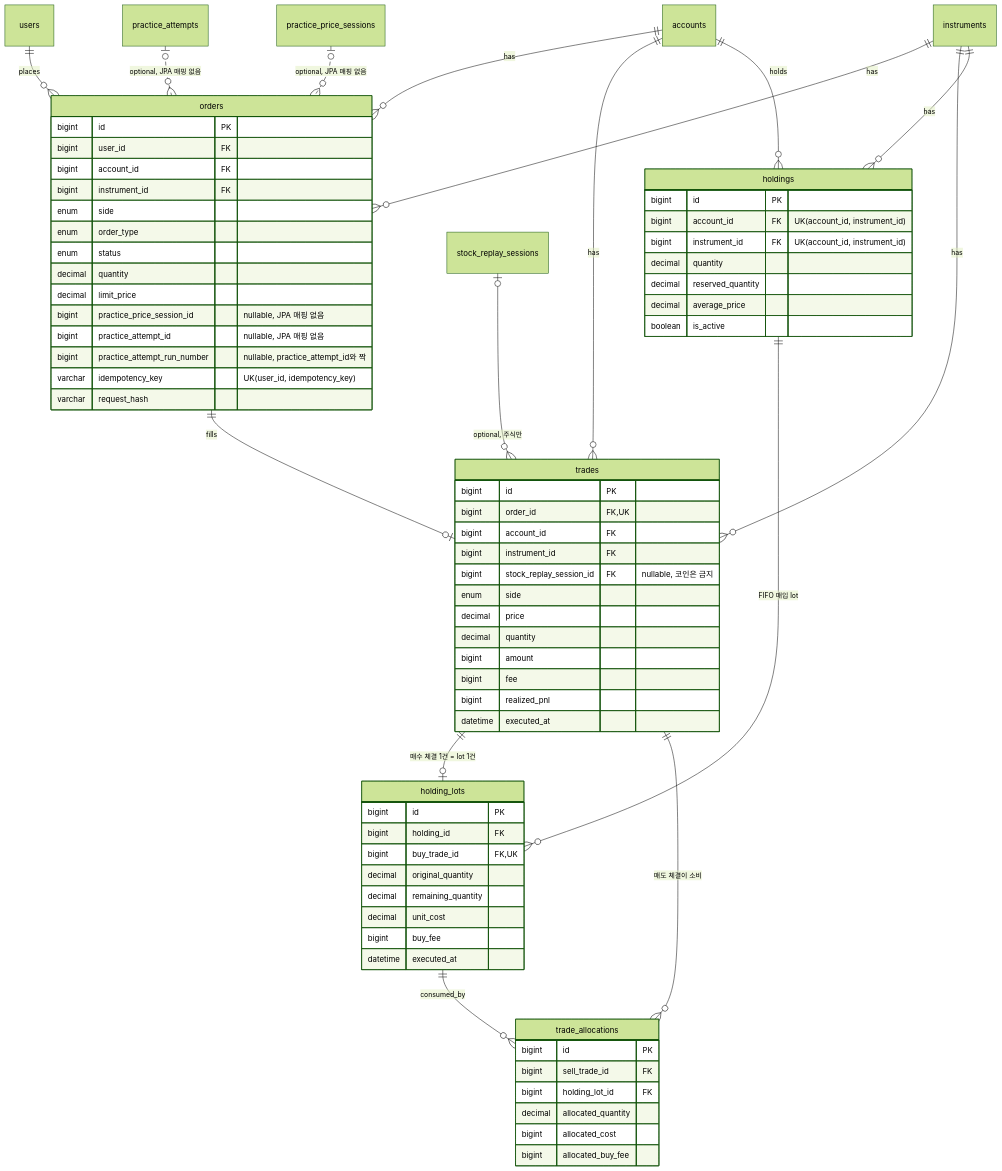
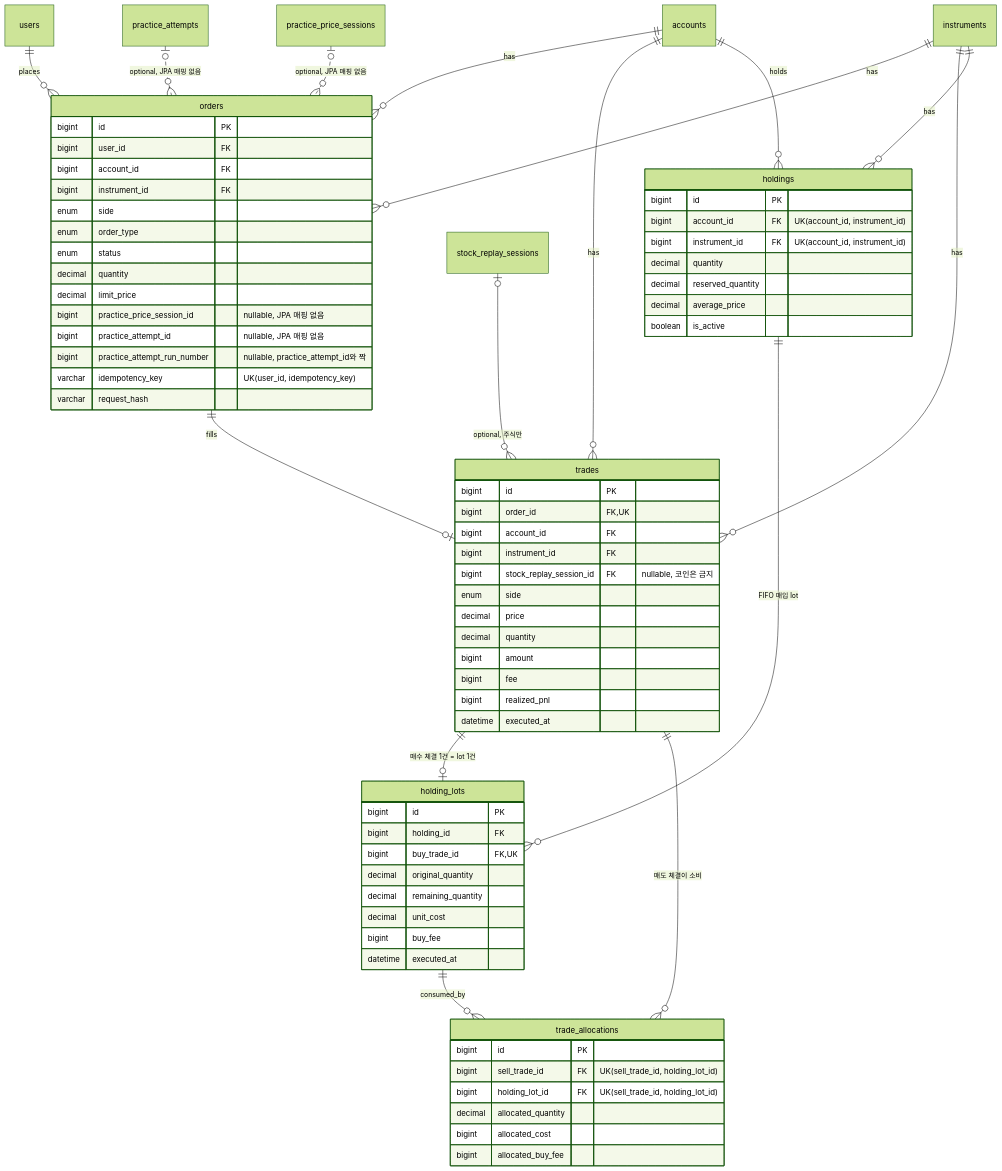
The fourth of 8 diagrams in docs/erd.md (finplay-team/finplay), drawn with Mermaid (forest theme) before and after one commit.

Commit message:
docs: trade_allocations ERD에 유니크 제약 표시를 추가한다
sell_trade_id·holding_lot_id 복합 유니크(V57)가 erd.md 서문의 "마이그레이션과 대조 검증" 설명과 어긋나 있던 것을 리뷰에서 지적받아 보완한다.

````diff
--- a/docs/erd.md
+++ b/docs/erd.md
@@ -317,76 +317,76 @@
 ```mermaid
 erDiagram
     users ||--o{ orders : places
     accounts ||--o{ orders : has
     instruments ||--o{ orders : has
     practice_attempts |o..o{ orders : "optional, JPA 매핑 없음"
     practice_price_sessions |o..o{ orders : "optional, JPA 매핑 없음"
     orders ||--o| trades : fills
     accounts ||--o{ trades : has
     instruments ||--o{ trades : has
     stock_replay_sessions |o--o{ trades : "optional, 주식만"
     accounts ||--o{ holdings : holds
     instruments ||--o{ holdings : has
     holdings ||--o{ holding_lots : "FIFO 매입 lot"
     trades ||--o| holding_lots : "매수 체결 1건 = lot 1건"
     trades ||--o{ trade_allocations : "매도 체결이 소비"
     holding_lots ||--o{ trade_allocations : consumed_by
 
     orders {
         bigint id PK
         bigint user_id FK
         bigint account_id FK
         bigint instrument_id FK
         enum side
         enum order_type
         enum status
         decimal quantity
         decimal limit_price
         bigint practice_price_session_id "nullable, JPA 매핑 없음"
         bigint practice_attempt_id "nullable, JPA 매핑 없음"
         bigint practice_attempt_run_number "nullable, practice_attempt_id와 짝"
         varchar idempotency_key "UK(user_id, idempotency_key)"
         varchar request_hash
     }
     trades {
         bigint id PK
         bigint order_id FK, UK
         bigint account_id FK
         bigint instrument_id FK
         bigint stock_replay_session_id FK "nullable, 코인은 금지"
         enum side
         decimal price
         decimal quantity
         bigint amount
         bigint fee
         bigint realized_pnl
         datetime executed_at
     }
     holdings {
         bigint id PK
         bigint account_id FK "UK(account_id, instrument_id)"
         bigint instrument_id FK "UK(account_id, instrument_id)"
         decimal quantity
         decimal reserved_quantity
         decimal average_price
         boolean is_active
     }
     holding_lots {
         bigint id PK
         bigint holding_id FK
         bigint buy_trade_id FK, UK
         decimal original_quantity
         decimal remaining_quantity
         decimal unit_cost
         bigint buy_fee
         datetime executed_at
     }
     trade_allocations {
         bigint id PK
-        bigint sell_trade_id FK
-        bigint holding_lot_id FK
+        bigint sell_trade_id FK "UK(sell_trade_id, holding_lot_id)"
+        bigint holding_lot_id FK "UK(sell_trade_id, holding_lot_id)"
         decimal allocated_quantity
         bigint allocated_cost
         bigint allocated_buy_fee
     }
 ```
````
